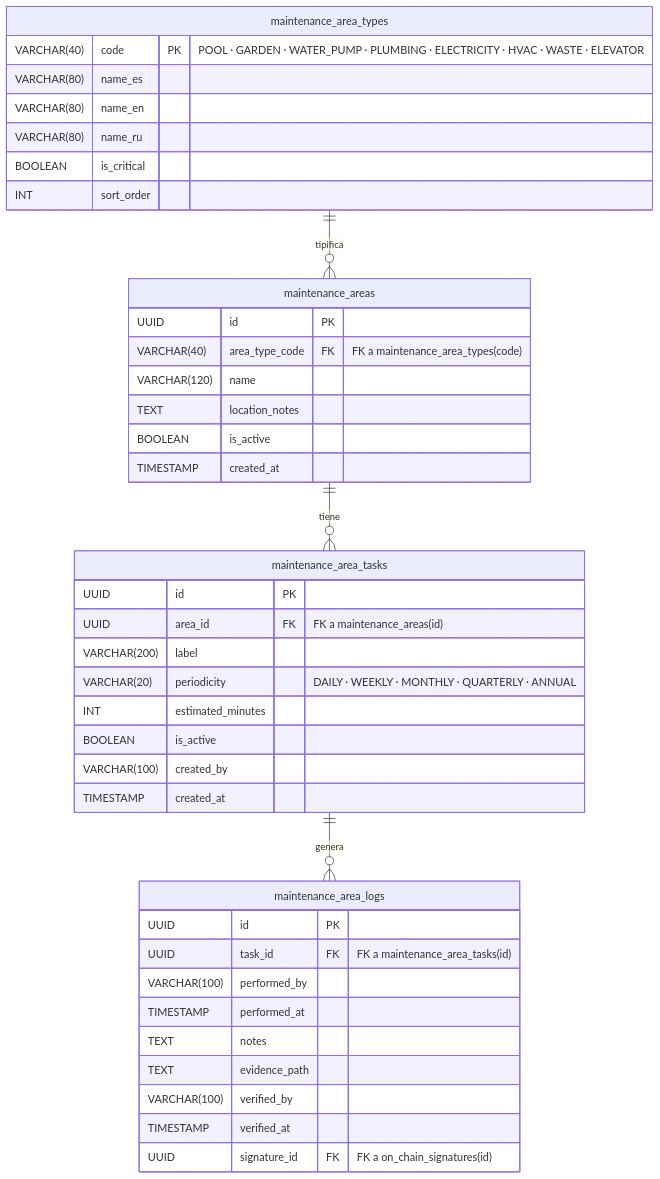
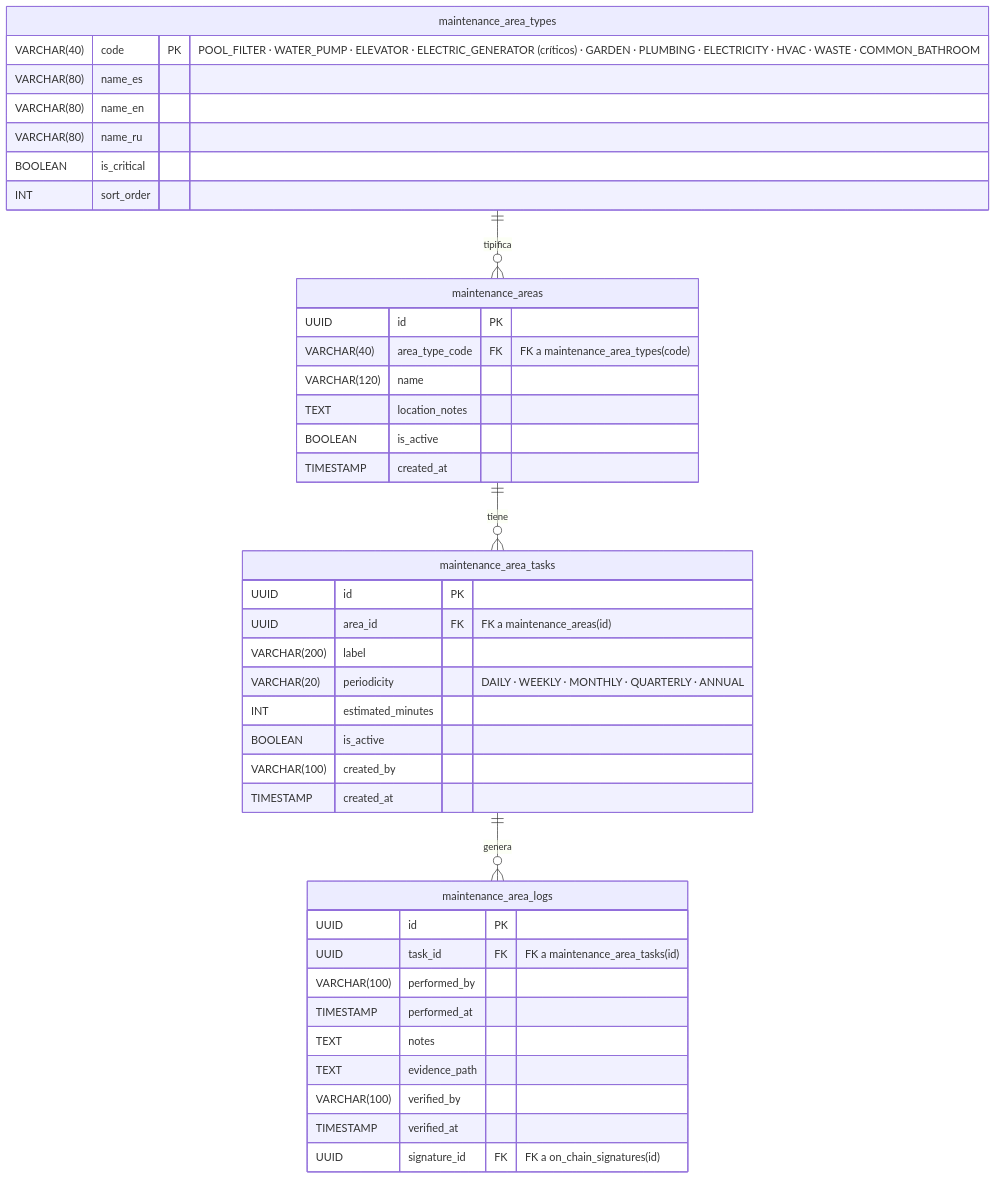
One commit to anlucorporations/hotel-room-mcp-trazable changed the second of 5 diagrams in RepoTecnico/propuesta_vNext/diagrama_er.md. Above: the diagram before and after it, drawn with Mermaid. The commit also changed other lines of this file and 11 other files, not shown here.

````diff
--- a/RepoTecnico/propuesta_vNext/diagrama_er.md
+++ b/RepoTecnico/propuesta_vNext/diagrama_er.md
@@ -104,47 +107,47 @@
 ```mermaid
 erDiagram
     maintenance_area_types {
-        VARCHAR(40) code PK "POOL · GARDEN · WATER_PUMP · PLUMBING · ELECTRICITY · HVAC · WASTE · ELEVATOR"
+        VARCHAR(40) code PK "POOL_FILTER · WATER_PUMP · ELEVATOR · ELECTRIC_GENERATOR (críticos) · GARDEN · PLUMBING · ELECTRICITY · HVAC · WASTE · COMMON_BATHROOM"
         VARCHAR(80) name_es
         VARCHAR(80) name_en
         VARCHAR(80) name_ru
         BOOLEAN is_critical
         INT sort_order
     }
 
     maintenance_areas {
         UUID id PK
         VARCHAR(40) area_type_code FK "FK a maintenance_area_types(code)"
         VARCHAR(120) name
         TEXT location_notes
         BOOLEAN is_active
         TIMESTAMP created_at
     }
 
     maintenance_area_tasks {
         UUID id PK
         UUID area_id FK "FK a maintenance_areas(id)"
         VARCHAR(200) label
         VARCHAR(20) periodicity "DAILY · WEEKLY · MONTHLY · QUARTERLY · ANNUAL"
         INT estimated_minutes
         BOOLEAN is_active
         VARCHAR(100) created_by
         TIMESTAMP created_at
     }
 
     maintenance_area_logs {
         UUID id PK
         UUID task_id FK "FK a maintenance_area_tasks(id)"
         VARCHAR(100) performed_by
         TIMESTAMP performed_at
         TEXT notes
         TEXT evidence_path
         VARCHAR(100) verified_by
         TIMESTAMP verified_at
         UUID signature_id FK "FK a on_chain_signatures(id)"
     }
 
     maintenance_area_types ||--o{ maintenance_areas : "tipifica"
     maintenance_areas ||--o{ maintenance_area_tasks : "tiene"
     maintenance_area_tasks ||--o{ maintenance_area_logs : "genera"
 ```
````
